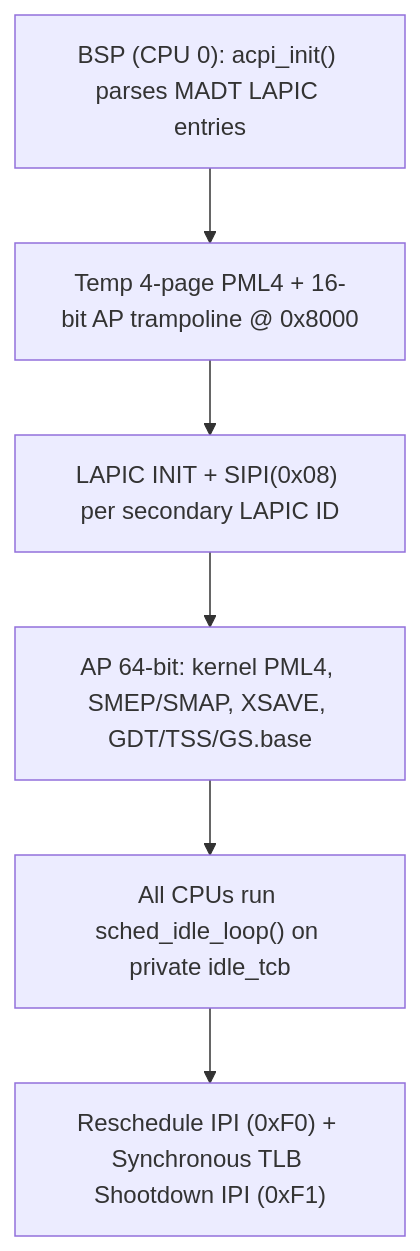
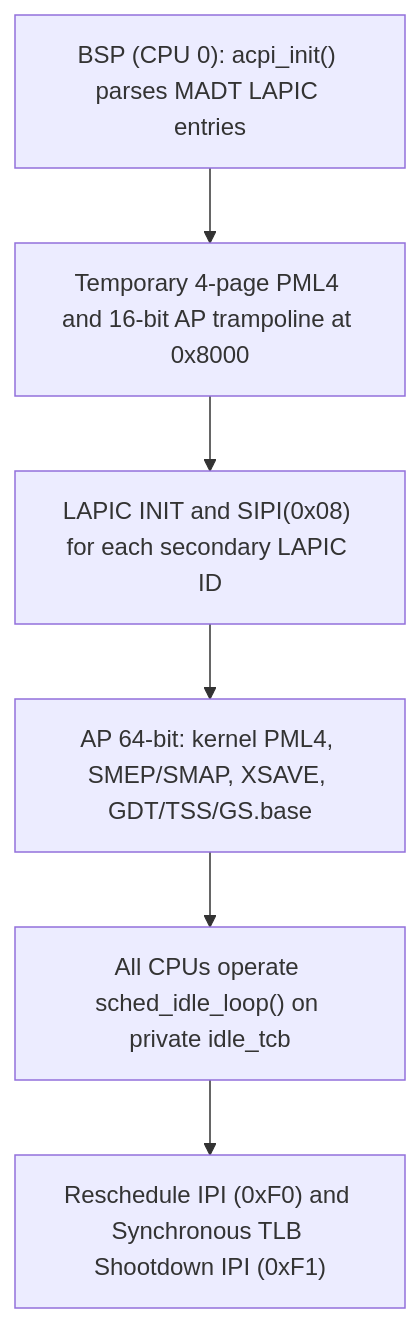
One commit to Deniz-Eren/microkernel changed the diagram in docs/30-architecture/adr/ADR_0027.md. Above: the diagram before and after it, drawn with Mermaid. The commit also changed other lines of this file and 151 other files, not shown here.

````diff
--- a/docs/30-architecture/adr/ADR_0027.md
+++ b/docs/30-architecture/adr/ADR_0027.md
@@ -23,15 +24,15 @@
 ```mermaid
 flowchart TD
     BSP["BSP (CPU 0): acpi_init() parses MADT LAPIC entries"]
-    TRAMP["Temp 4-page PML4 + 16-bit AP trampoline @ 0x8000"]
-    SIPI["LAPIC INIT + SIPI(0x08) per secondary LAPIC ID"]
+    TRAMP["Temporary 4-page PML4 and 16-bit AP trampoline at 0x8000"]
+    SIPI["LAPIC INIT and SIPI(0x08) for each secondary LAPIC ID"]
     AP["AP 64-bit: kernel PML4, SMEP/SMAP, XSAVE, GDT/TSS/GS.base"]
-    IDLE["All CPUs run sched_idle_loop() on private idle_tcb"]
-    IPI["Reschedule IPI (0xF0) + Synchronous TLB Shootdown IPI (0xF1)"]
+    IDLE["All CPUs operate sched_idle_loop() on private idle_tcb"]
+    IPI["Reschedule IPI (0xF0) and Synchronous TLB Shootdown IPI (0xF1)"]
 
     BSP --> TRAMP
     TRAMP --> SIPI
     SIPI --> AP
     AP --> IDLE
     IDLE --> IPI
 ```
````
